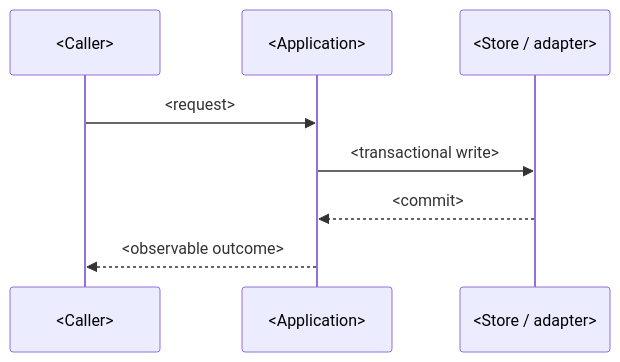
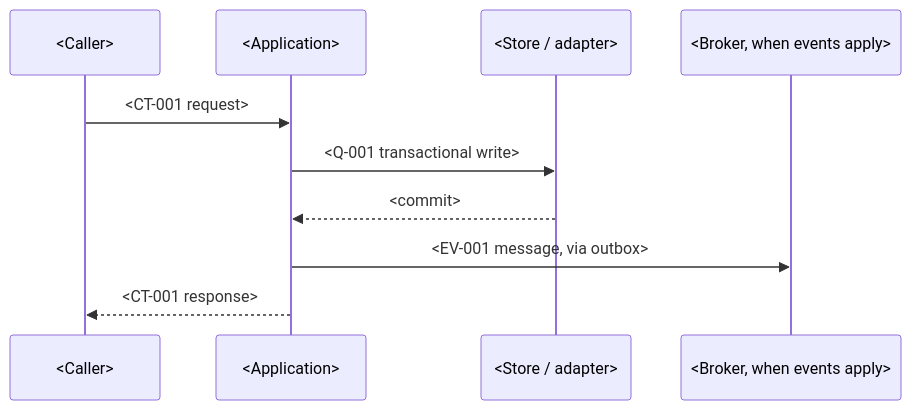
Before and after one commit to nandhasuhendra/dotfiles: the second of 3 diagrams in omp/templates/TECH-DOC.md, drawn with Mermaid. The commit also changed other lines of this file and 205 other files, not shown here.

````diff
--- a/omp/templates/TECH-DOC.md
+++ b/omp/templates/TECH-DOC.md
@@ -58,10 +85,12 @@
 ```mermaid
 sequenceDiagram
   participant C as <Caller>
   participant A as <Application>
   participant S as <Store / adapter>
-  C->>A: <request>
-  A->>S: <transactional write>
+  participant B as <Broker, when events apply>
+  C->>A: <CT-001 request>
+  A->>S: <Q-001 transactional write>
   S-->>A: <commit>
-  A-->>C: <observable outcome>
+  A->>B: <EV-001 message, via outbox>
+  A-->>C: <CT-001 response>
 ```
````
